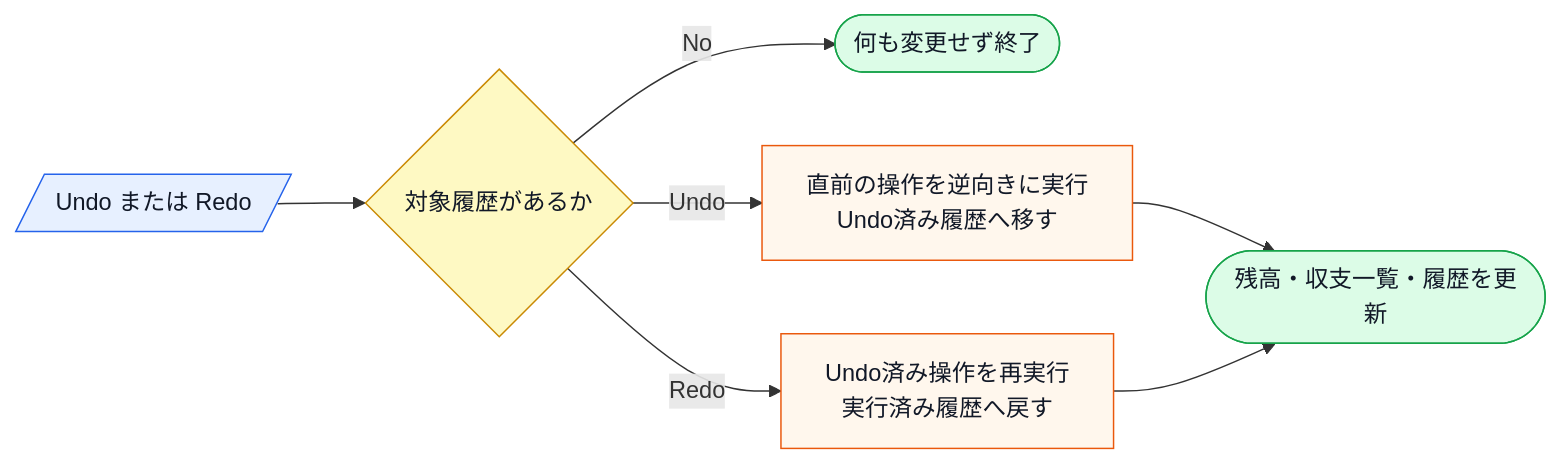
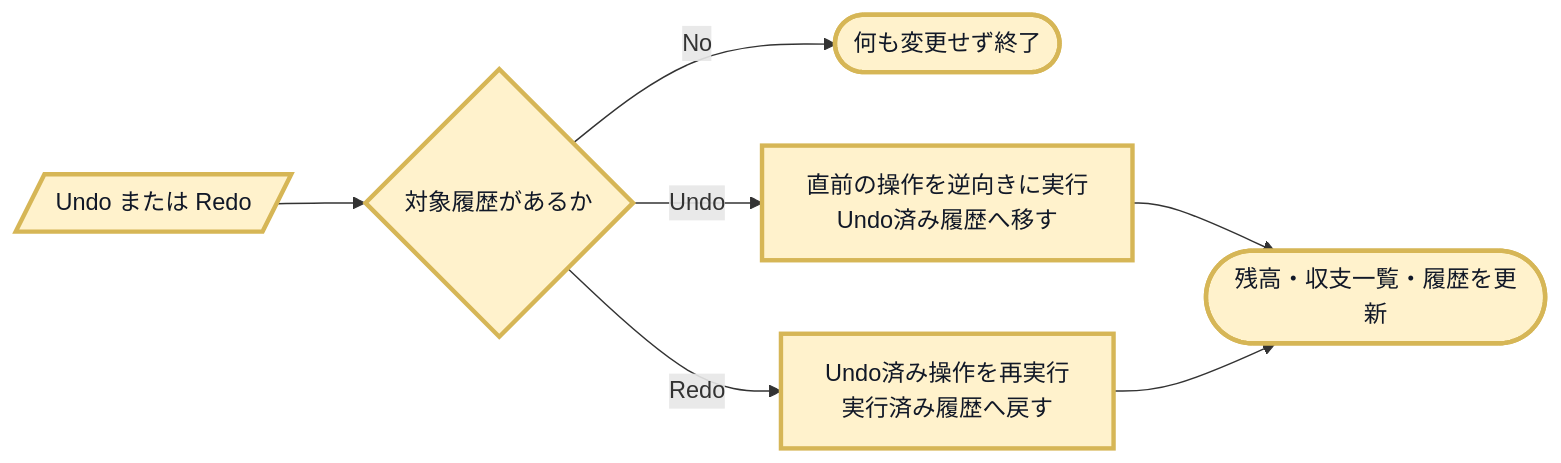
One commit to kumachan1101-pixel/DesignPattern changed the eighth of 21 diagrams in kindle/design-patterns/output/chapter05.md. Above: the diagram before and after it, drawn with Mermaid. The commit also changed other lines of this file and 23 other files, not shown here.

````diff
--- a/kindle/design-patterns/output/chapter05.md
+++ b/kindle/design-patterns/output/chapter05.md
@@ -676,14 +691,17 @@
 ```mermaid
 flowchart LR
+    classDef changed fill:#fff2cc,stroke:#d6b656,stroke-width:3px,color:#111827;
     A[/Undo または Redo/]:::input --> B{対象履歴があるか}:::decision
     B -->|No| C([何も変更せず終了]):::normal
     B -->|Undo| D[直前の操作を逆向きに実行<br>Undo済み履歴へ移す]:::process
     B -->|Redo| E[Undo済み操作を再実行<br>実行済み履歴へ戻す]:::process
     D --> F([残高・収支一覧・履歴を更新]):::normal
     E --> F
 
+    class A,B,C,D,E,F changed;
+
     classDef input fill:#e7f0ff,stroke:#2563eb,color:#111827;
     classDef process fill:#fff7ed,stroke:#ea580c,color:#111827;
     classDef decision fill:#fef9c3,stroke:#ca8a04,color:#111827;
     classDef normal fill:#dcfce7,stroke:#16a34a,color:#111827;
 ```
````
